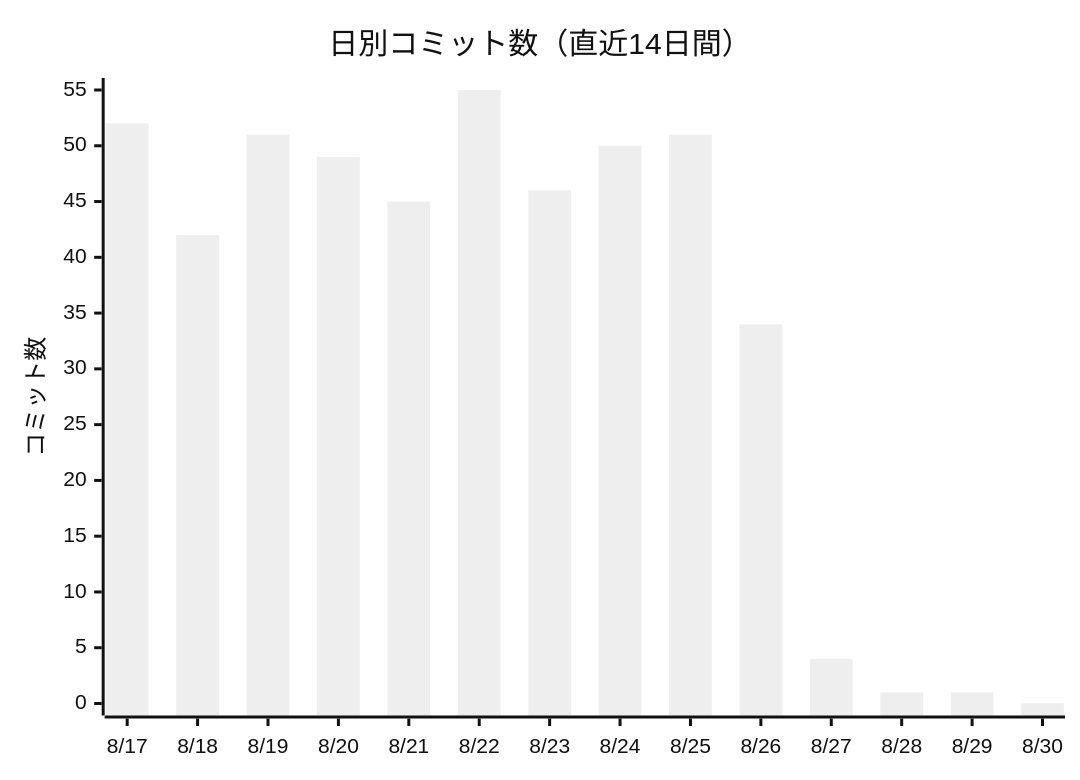
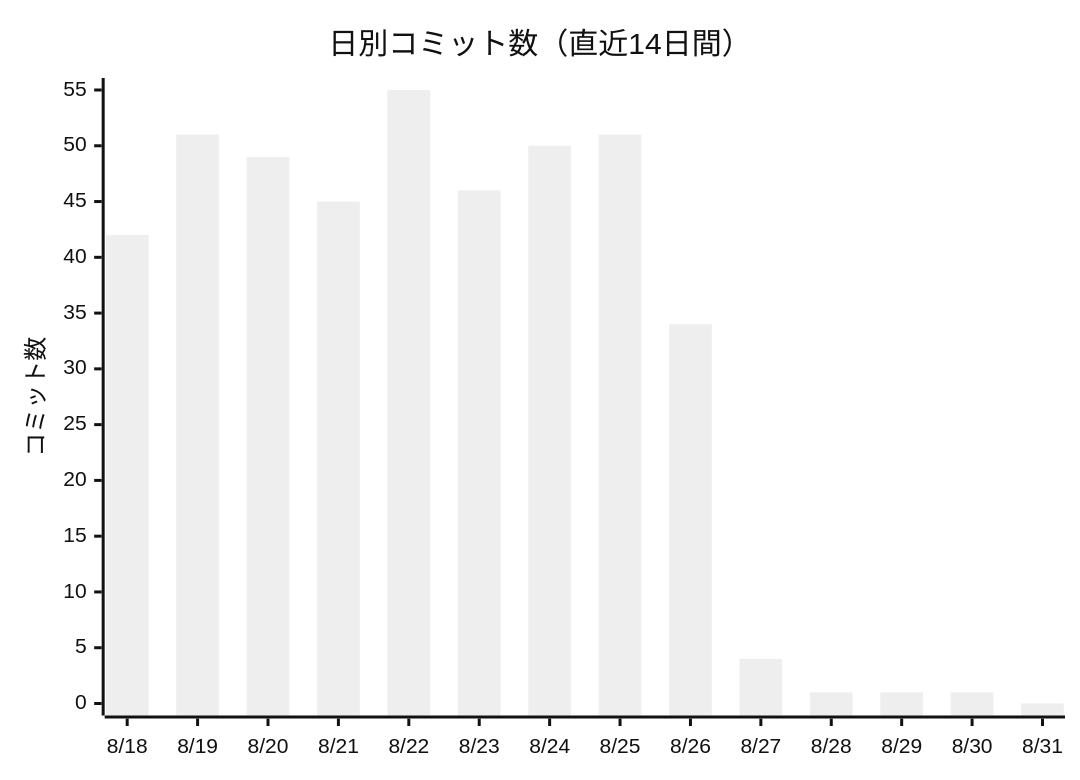
The first of 2 diagrams in docs/進化レポート.md (non-x2/non-x2), drawn with Mermaid (neutral theme) before and after one commit. The commit also changed other lines of this file and 1 other file, not shown here.

````diff
--- a/docs/進化レポート.md
+++ b/docs/進化レポート.md
@@ -23,7 +23,7 @@
 ```mermaid
 xychart-beta
     title "日別コミット数（直近14日間）"
-    x-axis ["8/17", "8/18", "8/19", "8/20", "8/21", "8/22", "8/23", "8/24", "8/25", "8/26", "8/27", "8/28", "8/29", "8/30"]
+    x-axis ["8/18", "8/19", "8/20", "8/21", "8/22", "8/23", "8/24", "8/25", "8/26", "8/27", "8/28", "8/29", "8/30", "8/31"]
     y-axis "コミット数"
-    bar [52, 42, 51, 49, 45, 55, 46, 50, 51, 34, 4, 1, 1, 0]
+    bar [42, 51, 49, 45, 55, 46, 50, 51, 34, 4, 1, 1, 1, 0]
 ```
````
